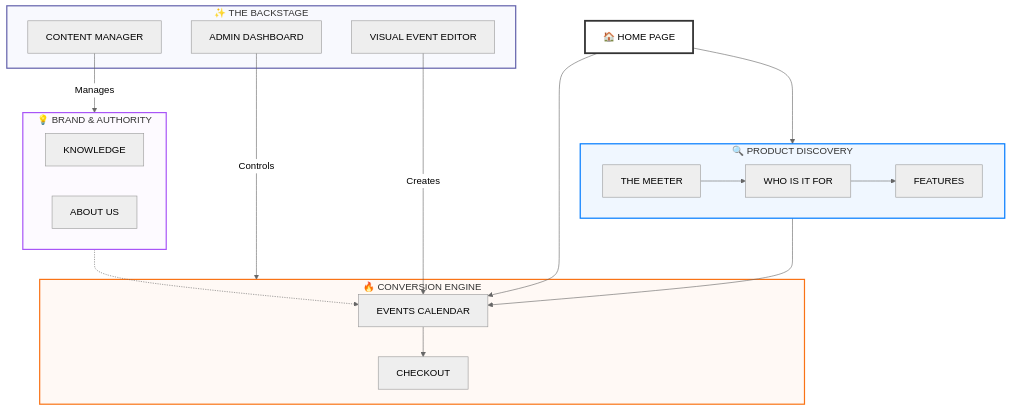
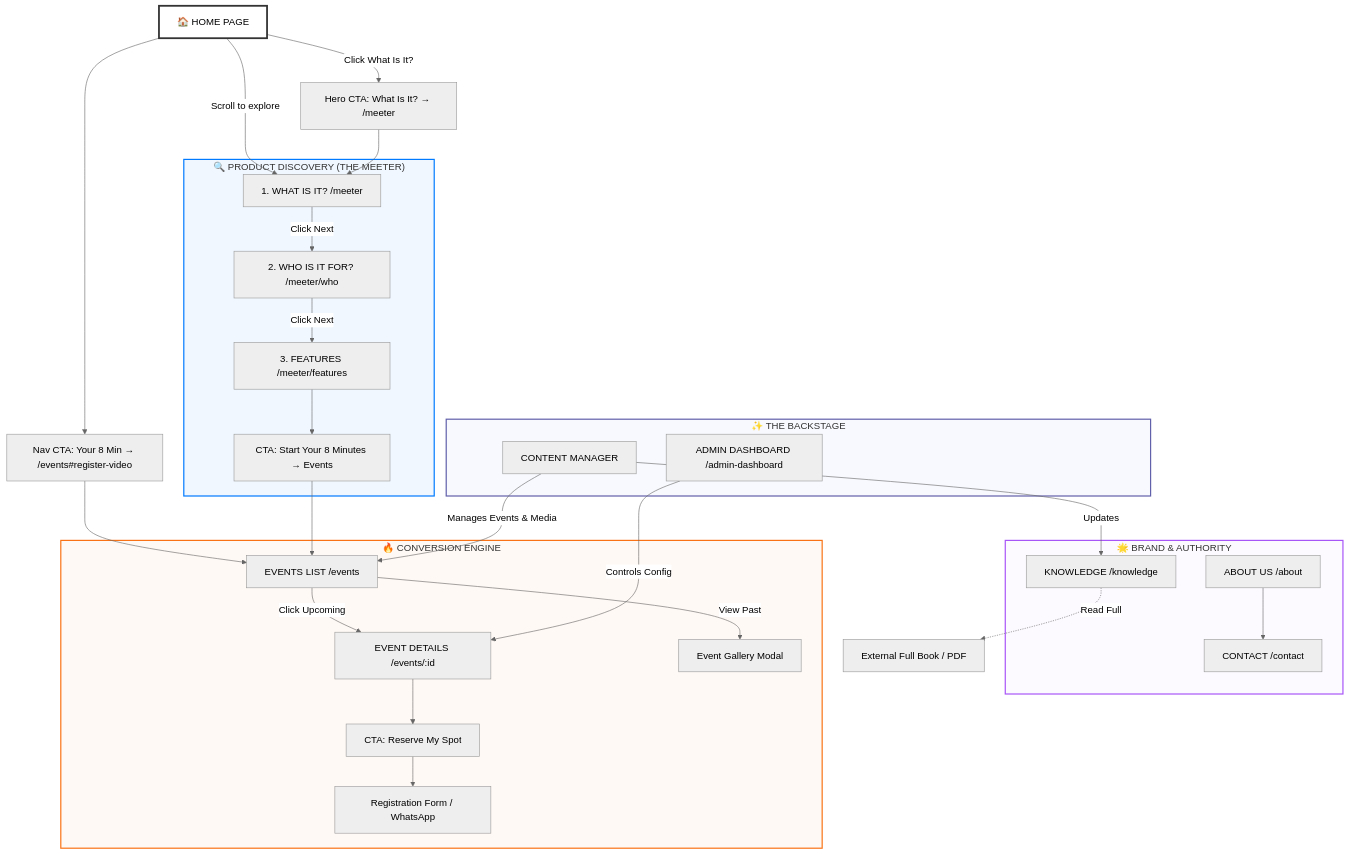
The diagram in docs/VISUAL_SITEMAP.md (HBM-ORG/the-hbm-org), drawn with Mermaid (neutral theme) before and after one commit. The commit also changed other lines of this file and 35 other files, not shown here.

````diff
--- a/docs/VISUAL_SITEMAP.md
+++ b/docs/VISUAL_SITEMAP.md
@@ -7,55 +13,62 @@
 ```mermaid
 graph TD
-    %% Main Entry
     Home["🏠 HOME PAGE"]
+    NavCTA["Nav CTA: Your 8 Min → /events#register-video"]
+    HeroCTA["Hero CTA: What Is It? → /meeter"]
     
-    %% Product Discovery Box
-    subgraph Discovery ["🔍 PRODUCT DISCOVERY"]
-        Meeter["THE MEETER"]
-        Who["WHO IS IT FOR"]
-        Features["FEATURES"]
-        
-        Meeter --> Who
-        Who --> Features
+    subgraph Discovery ["🔍 PRODUCT DISCOVERY (THE MEETER)"]
+        Meeter["1. WHAT IS IT? /meeter"]
+        Who["2. WHO IS IT FOR? /meeter/who"]
+        Features["3. FEATURES /meeter/features"]
+        DiscoveryCTA["CTA: Start Your 8 Minutes → Events"]
     end
 
-    %% The Backstage Box
+    subgraph Brand ["🌟 BRAND & AUTHORITY"]
+        Knowledge["KNOWLEDGE /knowledge"]
+        About["ABOUT US /about"]
+        Contact["CONTACT /contact"]
+    end
+    ExtBook["External Full Book / PDF"]
+
+    subgraph Conversion ["🔥 CONVERSION ENGINE"]
+        Events["EVENTS LIST /events"]
+        EventDetails["EVENT DETAILS /events/:id"]
+        ReserveCTA["CTA: Reserve My Spot"]
+        Form["Registration Form / WhatsApp"]
+        PastGallery["Event Gallery Modal"]
+    end
+
     subgraph Backstage ["✨ THE BACKSTAGE"]
         ContentManager["CONTENT MANAGER"]
-        AdminDashboard["ADMIN DASHBOARD"]
-        VisualEditor["VISUAL EVENT EDITOR"]
+        AdminDashboard["ADMIN DASHBOARD /admin-dashboard"]
     end
 
-    %% Brand & Authority Box
-    subgraph Brand ["💡 BRAND & AUTHORITY"]
-        Knowledge["KNOWLEDGE"]
-        About["ABOUT US"]
-    end
+    Home -->|Scroll to explore| Meeter
+    Home -->|Click What Is It?| HeroCTA
+    HeroCTA --> Meeter
+    Home --> NavCTA
+    NavCTA --> Events
+    
+    Meeter -->|Click Next| Who
+    Who -->|Click Next| Features
+    Features --> DiscoveryCTA
+    DiscoveryCTA --> Events
 
-    %% Conversion Engine Box
-    subgraph Conversion ["🔥 CONVERSION ENGINE"]
-        Events["EVENTS CALENDAR"]
-        Checkout["CHECKOUT"]
-        
-        Events --> Checkout
-    end
-
-    %% Strategic Flows
-    Home --> Discovery
-    Home --> Events
+    Events -->|Click Upcoming| EventDetails
+    Events -->|View Past| PastGallery
+    EventDetails --> ReserveCTA
+    ReserveCTA --> Form
     
-    Discovery --> Events
+    Knowledge -.->|Read Full| ExtBook
+    About --> Contact
     
-    ContentManager -- "Manages" --> Brand
-    AdminDashboard -- "Controls" --> Conversion
-    VisualEditor -- "Creates" --> Events
+    ContentManager -- "Manages Events & Media" --> Events
+    ContentManager -- "Updates" --> Knowledge
+    AdminDashboard -- "Controls Config" --> EventDetails
     
-    Brand -.-> Events
-    
-    %% Styling
     style Discovery fill:#f0f7ff,stroke:#007bff,stroke-width:2px
     style Backstage fill:#f8f9fe,stroke:#6160AB,stroke-width:2px
     style Brand fill:#fdfaff,stroke:#a855f7,stroke-width:2px
     style Conversion fill:#fff9f5,stroke:#f97316,stroke-width:2px
     style Home fill:#fff,stroke:#333,stroke-width:3px
 ```
````
